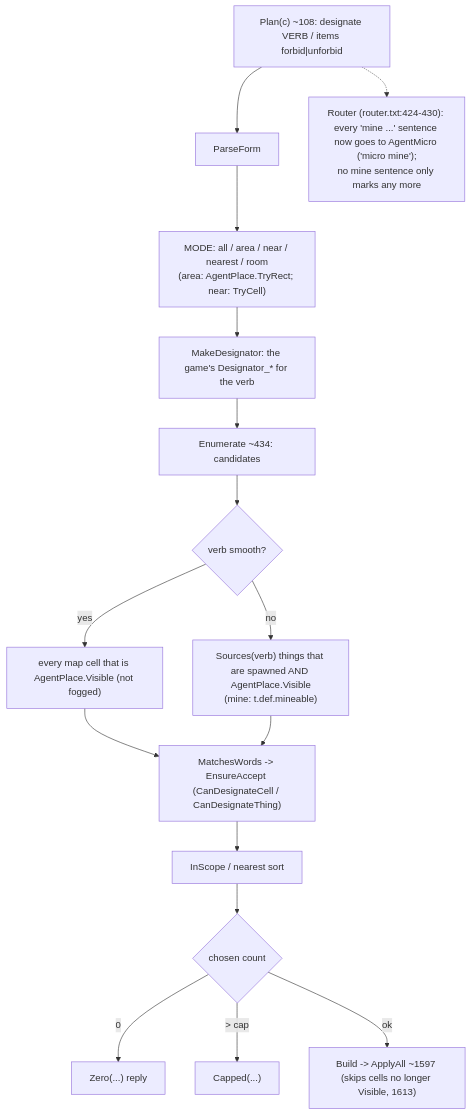
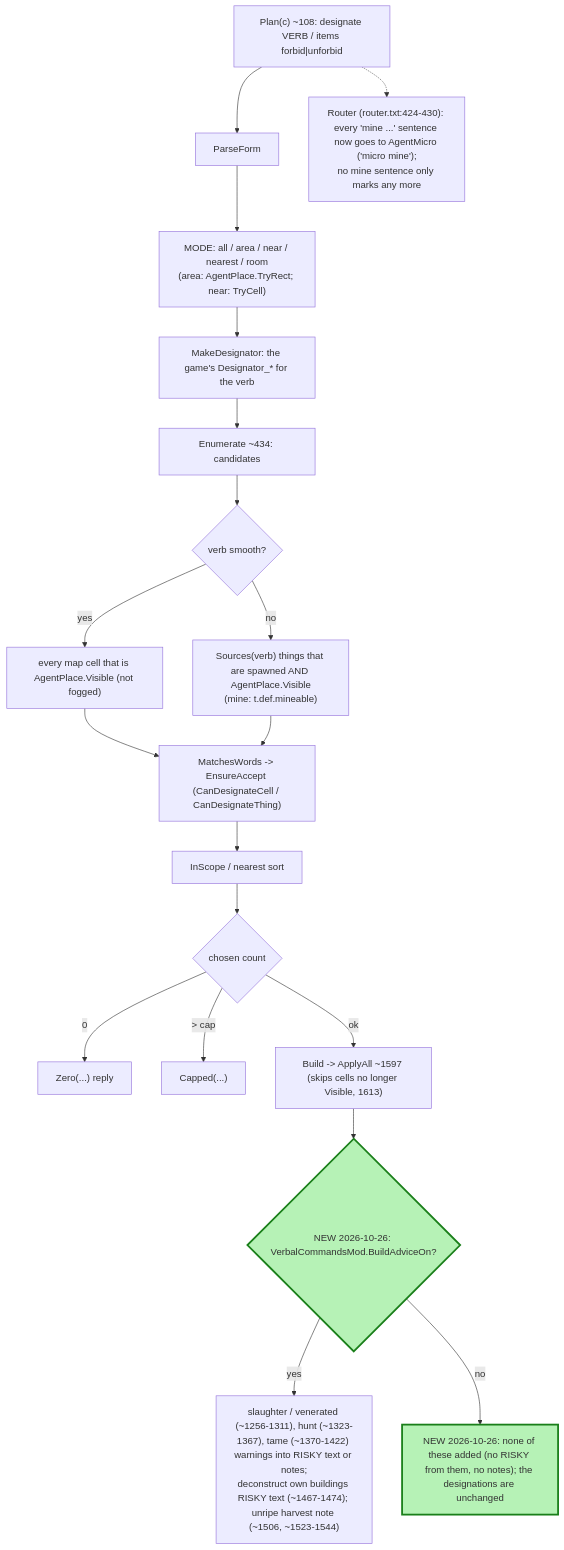
Before and after one commit to dongk99/VerbalCommandsCSharpSource: the diagram in AgentDesignations.cs.mmd, drawn with Mermaid. The commit also changed 63 other files, not shown here.

First line of the commit message:
Add on/off gates for tips, reminders, placement checks and build advice

```diff
--- a/AgentDesignations.cs.mmd
+++ b/AgentDesignations.cs.mmd
@@ -1,17 +1,22 @@
 flowchart TB
   p["Plan(c) ~108: designate VERB / items forbid|unforbid"] --> pf["ParseForm"]
   pf --> mode["MODE: all / area / near / nearest / room<br/>(area: AgentPlace.TryRect; near: TryCell)"]
   mode --> des["MakeDesignator: the game's Designator_* for the verb"]
   des --> en["Enumerate ~434: candidates"]
   en --> sm{"verb smooth?"}
   sm -- yes --> sc["every map cell that is AgentPlace.Visible (not fogged)"]
   sm -- no --> st["Sources(verb) things that are spawned AND AgentPlace.Visible<br/>(mine: t.def.mineable)"]
   sc --> match["MatchesWords -> EnsureAccept (CanDesignateCell / CanDesignateThing)"]
   st --> match
   match --> scope["InScope / nearest sort"]
   scope --> out{"chosen count"}
   out -- 0 --> zero["Zero(...) reply"]
   out -- "> cap" --> cap["Capped(...)"]
   out -- ok --> build["Build -> ApplyAll ~1597 (skips cells no longer Visible, 1613)"]
   note["Router (router.txt:424-430): every 'mine ...' sentence now goes to AgentMicro ('micro mine');<br/>no mine sentence only marks any more"]
   p -.-> note
+  build --> wg{"NEW 2026-10-26: VerbalCommandsMod.BuildAdviceOn?"}
+  wg -- yes --> wn["slaughter / venerated (~1256-1311), hunt (~1323-1367), tame (~1370-1422) warnings into RISKY text or notes;<br/>deconstruct own buildings RISKY text (~1467-1474); unripe harvest note (~1506, ~1523-1544)"]
+  wg -- no --> wx["NEW 2026-10-26: none of these added (no RISKY from them, no notes); the designations are unchanged"]
+  class wg,wx new
+  classDef new fill:#b6f2b6,stroke:#1a7f1a,stroke-width:3px
```
